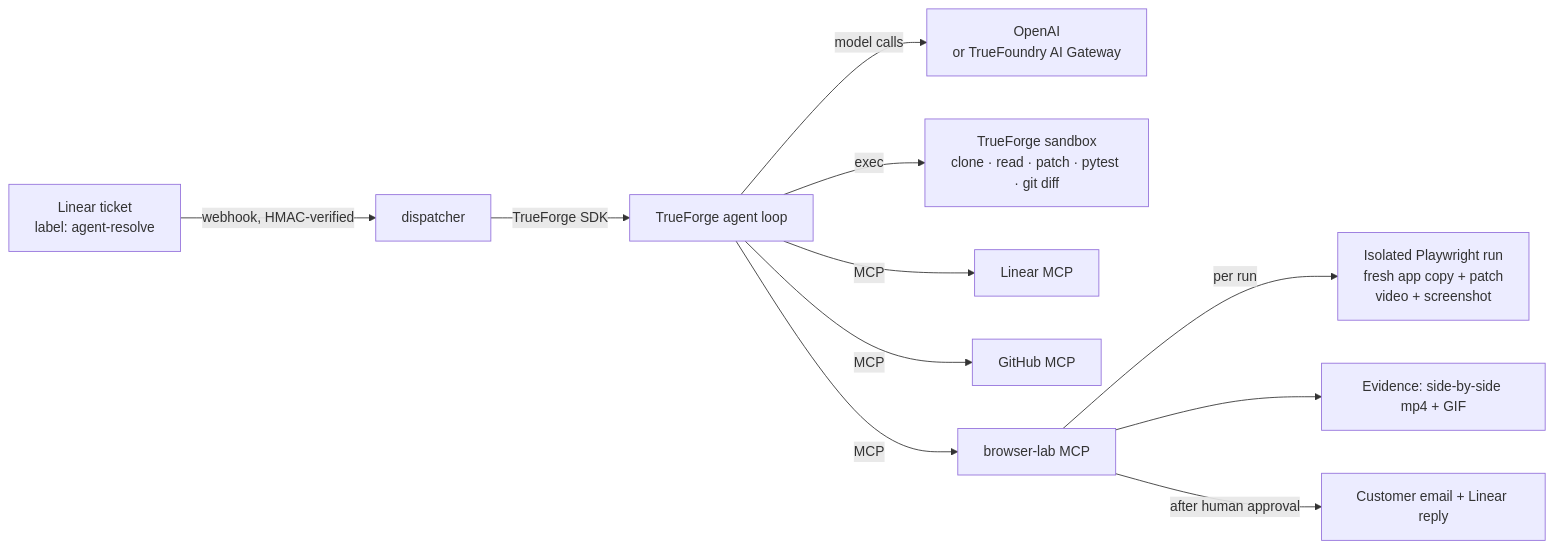
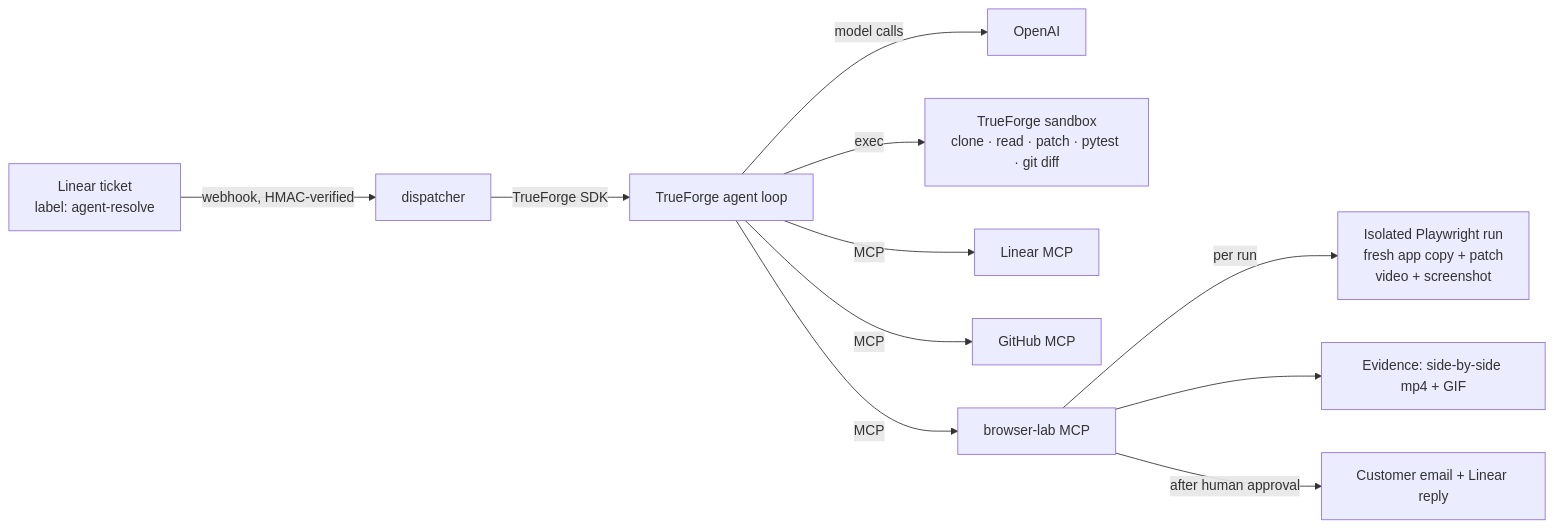
One commit to yeah-ssh/show-dont-tell changed the diagram in README.md. Above: the diagram before and after it, drawn with Mermaid. The commit also changed other lines of this file and 9 other files, not shown here.

First line of the commit message:
Remove the TrueFoundry AI Gateway integration

````diff
--- a/README.md
+++ b/README.md
@@ -27,13 +27,13 @@
 ```mermaid
 flowchart LR
   L[Linear ticket<br/>label: agent-resolve] -->|webhook, HMAC-verified| D[dispatcher]
   D -->|TrueForge SDK| TF[TrueForge agent loop]
-  TF -->|model calls| M[OpenAI<br/>or TrueFoundry AI Gateway]
+  TF -->|model calls| M[OpenAI]
   TF -->|exec| SB[TrueForge sandbox<br/>clone · read · patch · pytest · git diff]
   TF -->|MCP| LIN[Linear MCP]
   TF -->|MCP| GH[GitHub MCP]
   TF -->|MCP| LAB[browser-lab MCP]
   LAB -->|per run| R[Isolated Playwright run<br/>fresh app copy + patch<br/>video + screenshot]
   LAB --> E[Evidence: side-by-side mp4 + GIF]
   LAB -->|after human approval| C[Customer email + Linear reply]
 ```
````
